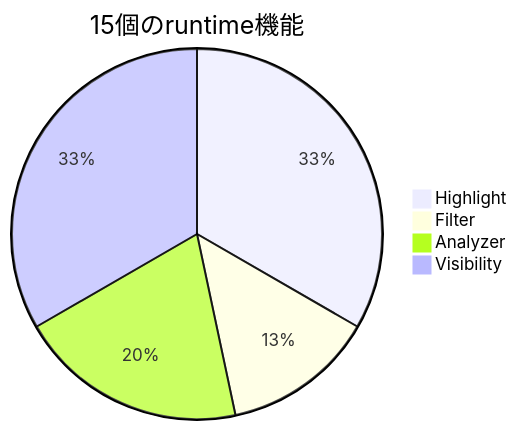
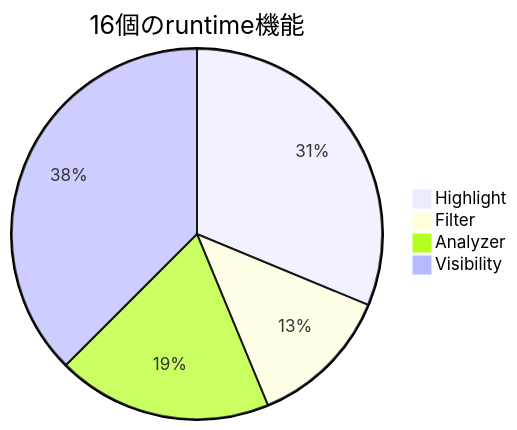
Before and after one commit to bosatsu25/ChiseTweaks: the second of 2 diagrams in README.md, drawn with Mermaid. The commit also changed other lines of this file and 26 other files, not shown here.

````diff
--- a/README.md
+++ b/README.md
@@ -70,7 +70,7 @@
 ```mermaid
-pie title 15個のruntime機能
+pie title 16個のruntime機能
     "Highlight" : 5
     "Filter" : 2
     "Analyzer" : 3
-    "Visibility" : 5
+    "Visibility" : 6
 ```
````
